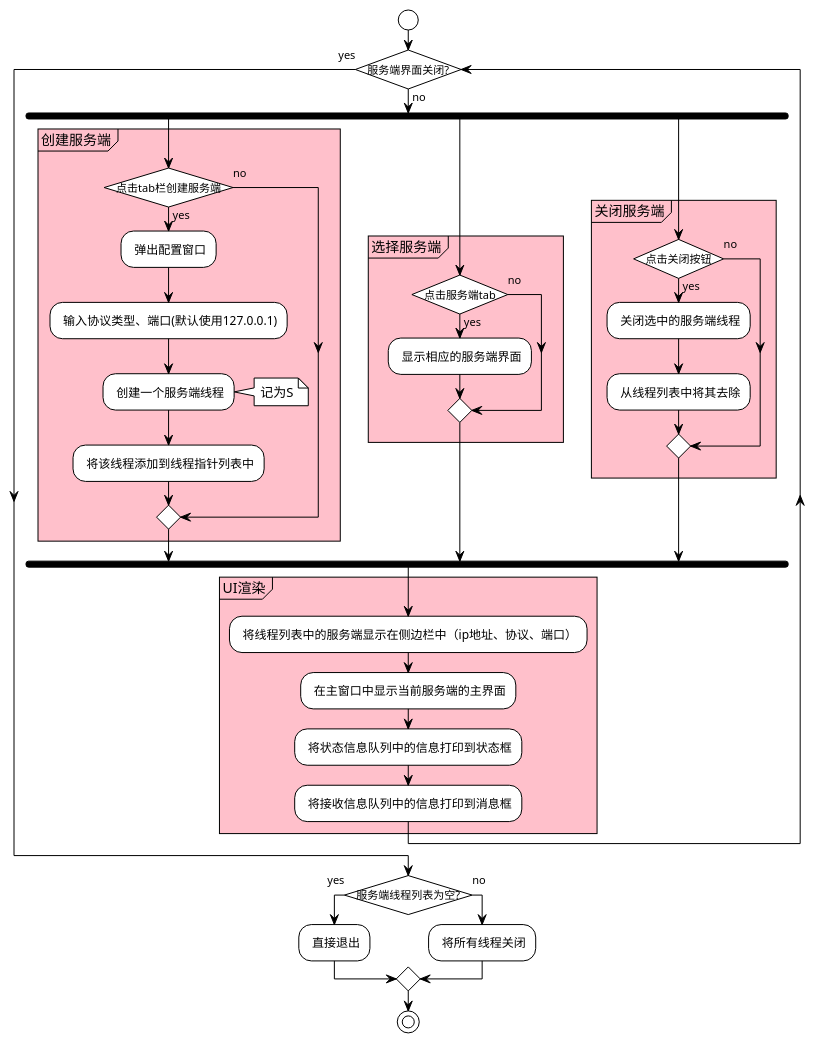
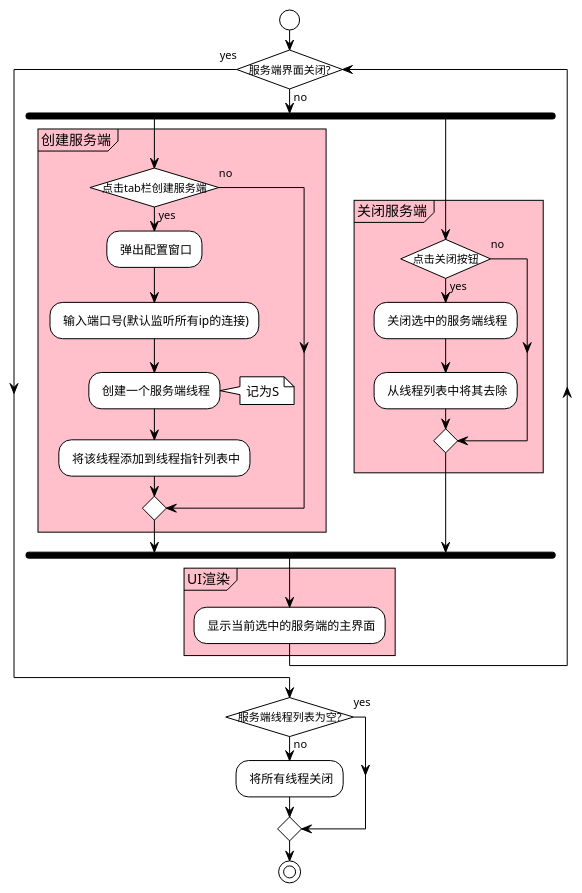
Before and after one commit to CJY-C/tcp: the diagram in doc/serverUI.puml, drawn with PlantUML. The commit also changed 62 other files, not shown here.

```diff
--- a/doc/serverUI.puml
+++ b/doc/serverUI.puml
@@ -1,49 +1,38 @@
 @startuml
 !theme plain
 skinparam conditionStyle InsideDiamond
 |服务端界面|
 start
 while (服务端界面关闭?) is (no)
 fork
     partition 创建服务端 #pink
         if (点击tab栏创建服务端) then (yes)
             : 弹出配置窗口;
-            : 输入协议类型、端口(默认使用127.0.0.1);
+            : 输入端口号(默认监听所有ip的连接);
             : 创建一个服务端线程; 
             note right 
                 记为S
             end note
             : 将该线程添加到线程指针列表中;
-        else (no)
-        endif
-    }
-fork again
-    partition 选择服务端 #pink
-        if (点击服务端tab) then (yes)
-            : 显示相应的服务端界面;
         else (no)
         endif
     }
 fork again
     partition 关闭服务端 #pink
         if (点击关闭按钮) then (yes)
             : 关闭选中的服务端线程;
             : 从线程列表中将其去除;
         else (no)
         endif
     }
 end fork
 partition UI渲染 #pink
-    : 将线程列表中的服务端显示在侧边栏中（ip地址、协议、端口）;
-    : 在主窗口中显示当前服务端的主界面;
-    : 将状态信息队列中的信息打印到状态框;
-    : 将接收信息队列中的信息打印到消息框;
+    : 显示当前选中的服务端的主界面;
 }
 end while (yes)
 if (服务端线程列表为空?) then (yes)
-    : 直接退出;
 else (no)
     : 将所有线程关闭;
 endif
 stop
 @enduml
```
